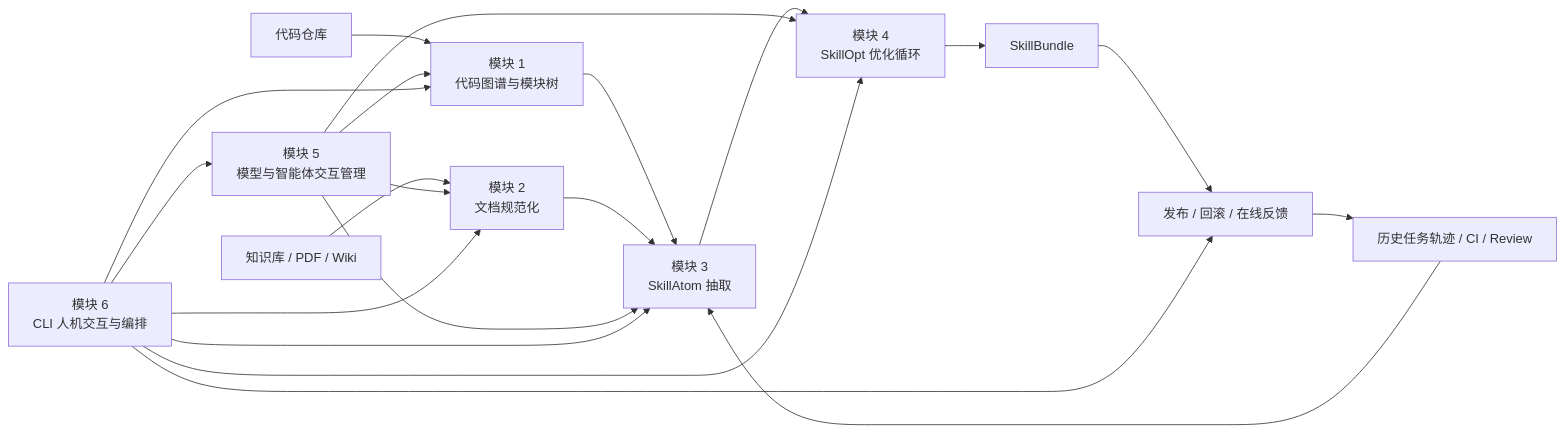
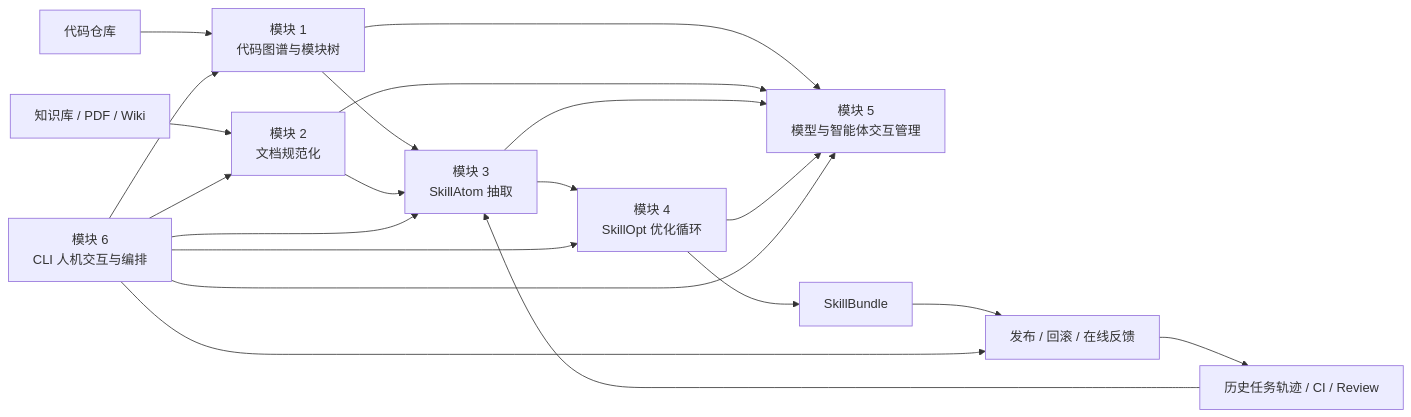
One commit to skywalkerw/code-to-skill changed the first of 2 diagrams in docs/design/00-overall-design.md. Above: the diagram before and after it, drawn with Mermaid. The commit also changed other lines of this file and 6 other files, not shown here.

````diff
--- a/docs/design/00-overall-design.md
+++ b/docs/design/00-overall-design.md
@@ -57,26 +57,26 @@
 ```mermaid
 flowchart LR
   C[代码仓库] --> M1[模块 1<br/>代码图谱与模块树]
   D[知识库 / PDF / Wiki] --> M2[模块 2<br/>文档规范化]
 
   M1 --> M3[模块 3<br/>SkillAtom 抽取]
   M2 --> M3
   T[历史任务轨迹 / CI / Review] --> M3
 
   M3 --> M4[模块 4<br/>SkillOpt 优化循环]
-  M5[模块 5<br/>模型与智能体交互管理] --> M1
-  M5 --> M2
-  M5 --> M3
-  M5 --> M4
+  M1 --> M5[模块 5<br/>模型与智能体交互管理]
+  M2 --> M5
+  M3 --> M5
+  M4 --> M5
 
   M4 --> S[SkillBundle]
   S --> P[发布 / 回滚 / 在线反馈]
   P --> T
 
   CLI[模块 6<br/>CLI 人机交互与编排] --> M1
   CLI --> M2
   CLI --> M3
   CLI --> M4
   CLI --> M5
   CLI --> P
 ```
````
